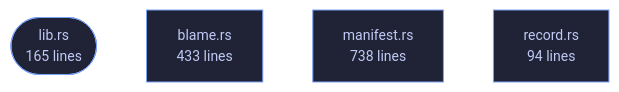
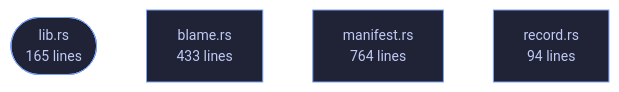
One commit to tilas01/veilvoice changed the diagram in crates/veilvoice-guard/README.md. Above: the diagram before and after it, drawn with Mermaid. The commit also changed other lines of this file and 39 other files, not shown here.

````diff
--- a/crates/veilvoice-guard/README.md
+++ b/crates/veilvoice-guard/README.md
@@ -107,12 +107,12 @@
 ```mermaid
 %%{init: {"theme":"base","themeVariables":{"background":"#1a1b26","primaryColor":"#1f2335","primaryTextColor":"#c0caf5","primaryBorderColor":"#7aa2f7","secondaryColor":"#16161e","tertiaryColor":"#16161e","lineColor":"#737aa2","textColor":"#c0caf5","mainBkg":"#1f2335","nodeBorder":"#7aa2f7","clusterBkg":"#16161e","clusterBorder":"#2f3549","fontFamily":"ui-monospace, SFMono-Regular, Consolas, monospace","fontSize":"14px"}}}%%
 flowchart TD
     n_lib(["lib.rs<br/>165 lines"])
     n_blame["blame.rs<br/>433 lines"]
-    n_manifest["manifest.rs<br/>738 lines"]
+    n_manifest["manifest.rs<br/>764 lines"]
     n_record["record.rs<br/>94 lines"]
     click n_lib href "https://github.com/tilas01/veilvoice/blob/main/crates/veilvoice-guard/src/lib.rs" "open the source"
     click n_blame href "https://github.com/tilas01/veilvoice/blob/main/crates/veilvoice-guard/src/blame.rs" "open the source"
     click n_manifest href "https://github.com/tilas01/veilvoice/blob/main/crates/veilvoice-guard/src/manifest.rs" "open the source"
     click n_record href "https://github.com/tilas01/veilvoice/blob/main/crates/veilvoice-guard/src/record.rs" "open the source"
 ```
````
